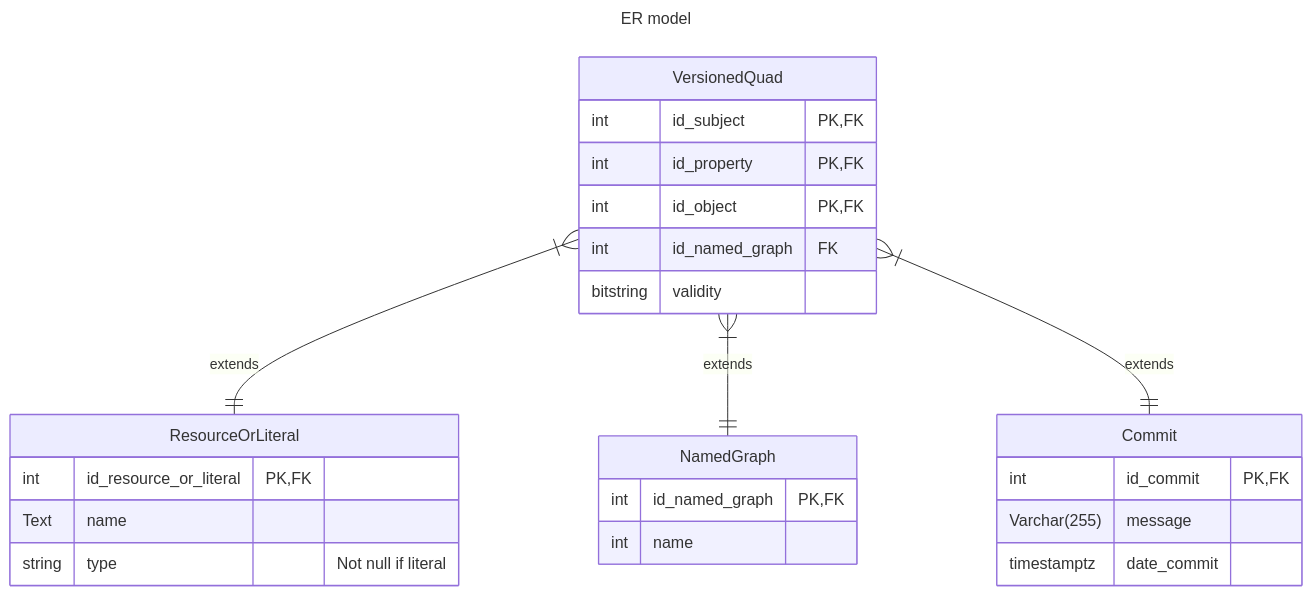
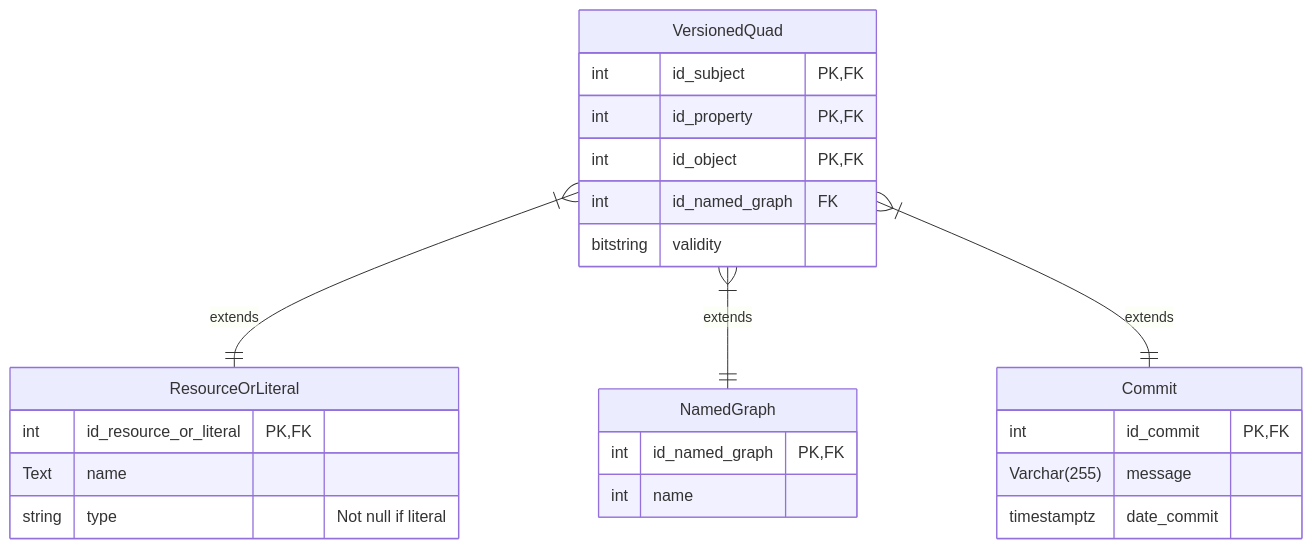
One commit to VCityTeam/ConVer-G changed the first of 3 diagrams in Readme.md. Above: the diagram before and after it, drawn with Mermaid. The commit also changed other lines of this file and 2 other files, not shown here.

````diff
--- a/Readme.md
+++ b/Readme.md
@@ -41,30 +41,27 @@
 ```mermaid
----
-title: ER model
----
 erDiagram
     VersionedQuad |{--|| ResourceOrLiteral: extends
     VersionedQuad |{--|| NamedGraph: extends
     VersionedQuad |{--|| Commit: extends
     VersionedQuad {
         int id_subject PK, FK
         int id_property PK, FK
         int id_object PK, FK
         int id_named_graph FK
         bitstring validity
     }
     NamedGraph {
         int id_named_graph PK, FK
         int name
     }
     ResourceOrLiteral {
         int id_resource_or_literal PK, FK
         Text name
         string type "Not null if literal"
     }
     Commit {
         int id_commit PK, FK
         Varchar(255) message
         timestamptz date_commit
     }
 ```
````
